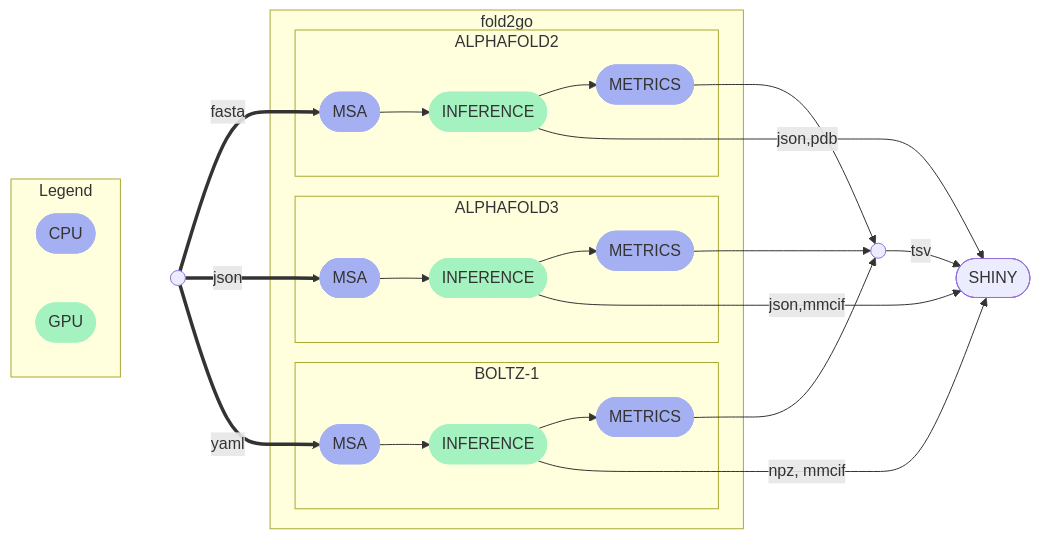
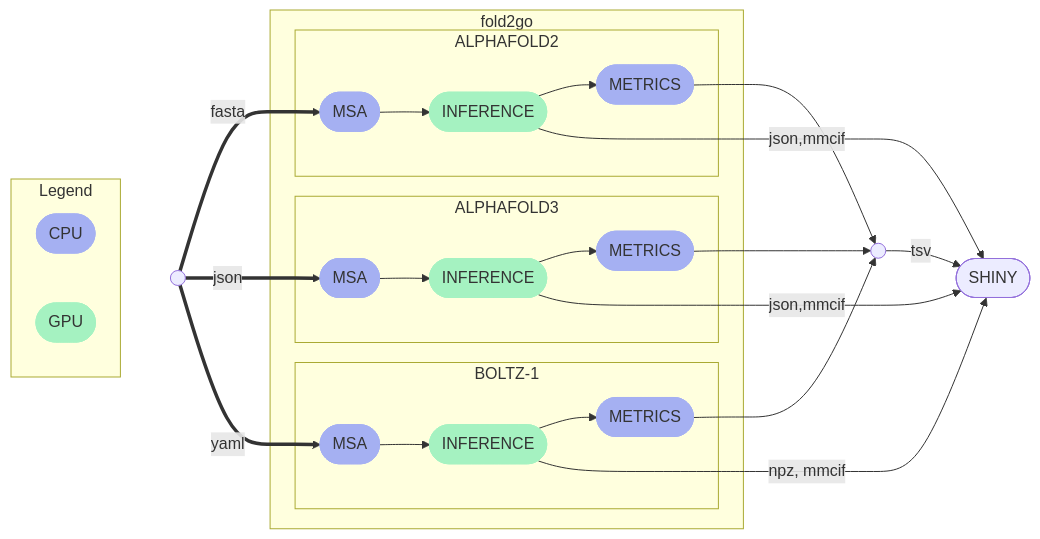
One commit to imbforge/fold2go changed the diagram in README.md. Above: the diagram before and after it, drawn with Mermaid.

````diff
--- a/README.md
+++ b/README.md
@@ -16,44 +16,44 @@
 ```mermaid
 flowchart LR
     classDef cpu stroke:#A5B0F2,fill:#A5B0F2
     classDef gpu stroke:#A5F2C1,fill:#A5F2C1
     subgraph fold2go
         subgraph af2["ALPHAFOLD2"]
             v11([MSA]):::cpu
             v12([INFERENCE]):::gpu
             v13([METRICS]):::cpu
         v11 --> v12 --> v13
         end
         subgraph af3["ALPHAFOLD3"]
             v21([MSA]):::cpu
             v22([INFERENCE]):::gpu
             v23([METRICS]):::cpu
         v21 --> v22 --> v23
         end
         subgraph boltz["BOLTZ-1"]
             v31([MSA]):::cpu
             v32([INFERENCE]):::gpu
             v33([METRICS]):::cpu
         v31 --> v32 --> v33
         end
     end
     v1(( ))
     v1 ==fasta==> v11
     v1 ==json==> v21
     v1 ==yaml==> v31
     v4(( ))
     v5([SHINY])
     subgraph Legend
         l2([CPU]):::cpu
         l1([GPU]):::gpu
     end
     l1 ~~~ v1
     l2 ~~~ v1
     v13 --> v4
     v23 --> v4
     v33 --> v4
     v4  --tsv--> v5
-    v12 --json,pdb--> v5
+    v12 --json,mmcif--> v5
     v22 --json,mmcif--> v5
     v32 --npz, mmcif--> v5
 ```
````
